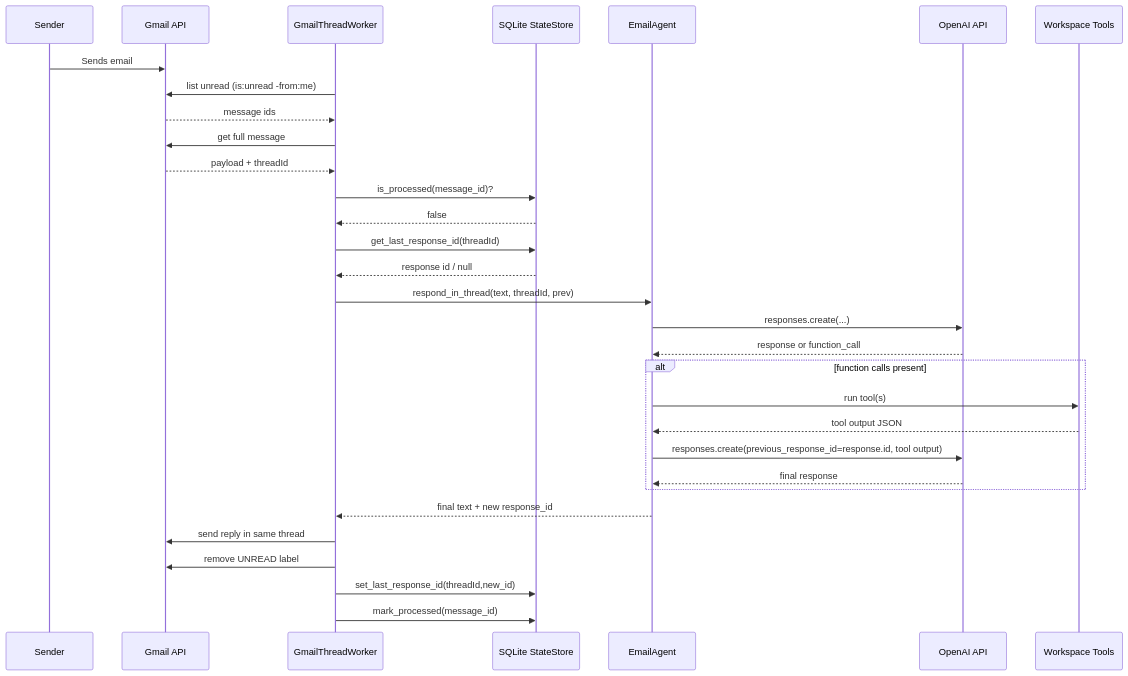
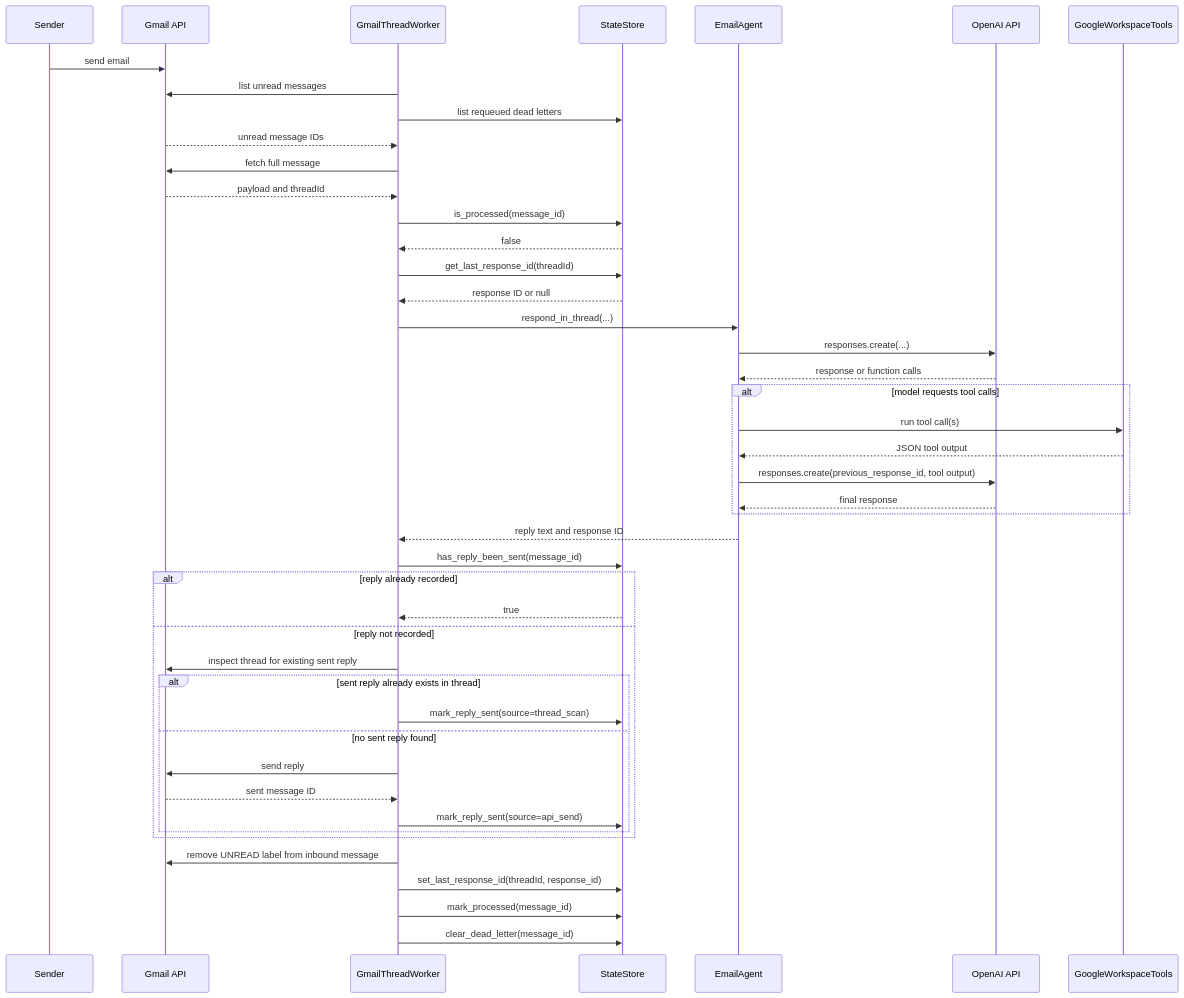
Before and after one commit to LunarMothStudios/Canna-Mailroom: the first of 4 diagrams in docs/runtime-and-pipeline.md, drawn with Mermaid. The commit also changed other lines of this file and 16 other files, not shown here.

````diff
--- a/docs/runtime-and-pipeline.md
+++ b/docs/runtime-and-pipeline.md
@@ -22,36 +24,51 @@
 ```mermaid
 sequenceDiagram
-    participant S as Sender
-    participant G as Gmail API
-    participant W as GmailThreadWorker
-    participant DB as SQLite StateStore
-    participant A as EmailAgent
-    participant O as OpenAI API
-    participant T as Workspace Tools
+    participant Sender as Sender
+    participant Gmail as Gmail API
+    participant Worker as GmailThreadWorker
+    participant DB as StateStore
+    participant Agent as EmailAgent
+    participant OpenAI as OpenAI API
+    participant Tools as GoogleWorkspaceTools
 
-    S->>G: Sends email
-    W->>G: list unread (is:unread -from:me)
-    G-->>W: message ids
-    W->>G: get full message
-    G-->>W: payload + threadId
-    W->>DB: is_processed(message_id)?
-    DB-->>W: false
-    W->>DB: get_last_response_id(threadId)
-    DB-->>W: response id / null
-    W->>A: respond_in_thread(text, threadId, prev)
-    A->>O: responses.create(...)
-    O-->>A: response or function_call
+    Sender->>Gmail: send email
+    Worker->>Gmail: list unread messages
+    Worker->>DB: list requeued dead letters
+    Gmail-->>Worker: unread message IDs
+    Worker->>Gmail: fetch full message
+    Gmail-->>Worker: payload and threadId
+    Worker->>DB: is_processed(message_id)
+    DB-->>Worker: false
+    Worker->>DB: get_last_response_id(threadId)
+    DB-->>Worker: response ID or null
+    Worker->>Agent: respond_in_thread(...)
+    Agent->>OpenAI: responses.create(...)
+    OpenAI-->>Agent: response or function calls
 
-    alt function calls present
-      A->>T: run tool(s)
-      T-->>A: tool output JSON
-      A->>O: responses.create(previous_response_id=response.id, tool output)
-      O-->>A: final response
+    alt model requests tool calls
+        Agent->>Tools: run tool call(s)
+        Tools-->>Agent: JSON tool output
+        Agent->>OpenAI: responses.create(previous_response_id, tool output)
+        OpenAI-->>Agent: final response
     end
 
-    A-->>W: final text + new response_id
-    W->>G: send reply in same thread
-    W->>G: remove UNREAD label
-    W->>DB: set_last_response_id(threadId,new_id)
-    W->>DB: mark_processed(message_id)
+    Agent-->>Worker: reply text and response ID
+    Worker->>DB: has_reply_been_sent(message_id)
+    alt reply already recorded
+        DB-->>Worker: true
+    else reply not recorded
+        Worker->>Gmail: inspect thread for existing sent reply
+        alt sent reply already exists in thread
+            Worker->>DB: mark_reply_sent(source=thread_scan)
+        else no sent reply found
+            Worker->>Gmail: send reply
+            Gmail-->>Worker: sent message ID
+            Worker->>DB: mark_reply_sent(source=api_send)
+        end
+    end
+
+    Worker->>Gmail: remove UNREAD label from inbound message
+    Worker->>DB: set_last_response_id(threadId, response_id)
+    Worker->>DB: mark_processed(message_id)
+    Worker->>DB: clear_dead_letter(message_id)
 ```
````
